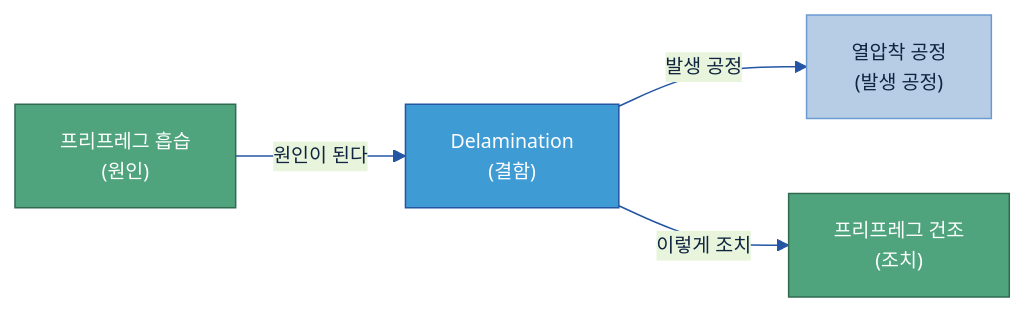
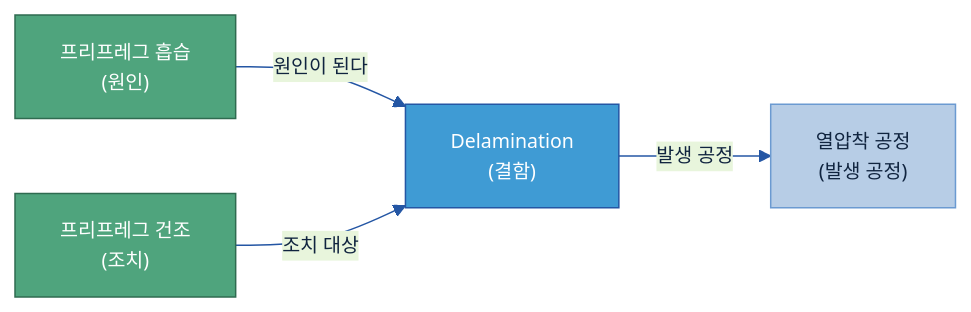
Before and after one commit to jin-kearney/ai-ready-data-manual: the first of 8 diagrams in 가이드 작성/B-3 온톨로지/B-3 온톨로지.md, drawn with Mermaid. The commit also changed other lines of this file and 1 other file, not shown here.

````diff
--- a/가이드 작성/B-3 온톨로지/B-3 온톨로지.md
+++ b/가이드 작성/B-3 온톨로지/B-3 온톨로지.md
@@ -137,14 +137,14 @@
 ```mermaid
 %%{init: {'theme':'base','themeVariables':{'primaryColor':'#DCE8F5','primaryBorderColor':'#2456A4','primaryTextColor':'#10243f','lineColor':'#2456A4','fontSize':'13px'}}}%%
 flowchart LR
     원인["프리프레그 흡습\n(원인)"]:::loop
     결함["Delamination\n(결함)"]:::gate
     공정["열압착 공정\n(발생 공정)"]:::n
     조치["프리프레그 건조\n(조치)"]:::loop
     원인 -->|"원인이 된다"| 결함
     결함 -->|"발생 공정"| 공정
-    결함 -->|"이렇게 조치"| 조치
+    조치 -->|"조치 대상"| 결함
     classDef n fill:#B7CDE6,stroke:#6B9AD1,color:#10243f;
     classDef gate fill:#3F9BD4,stroke:#2456A4,color:#fff;
     classDef loop fill:#4FA47D,stroke:#2f6b50,color:#fff;
 ```
````
